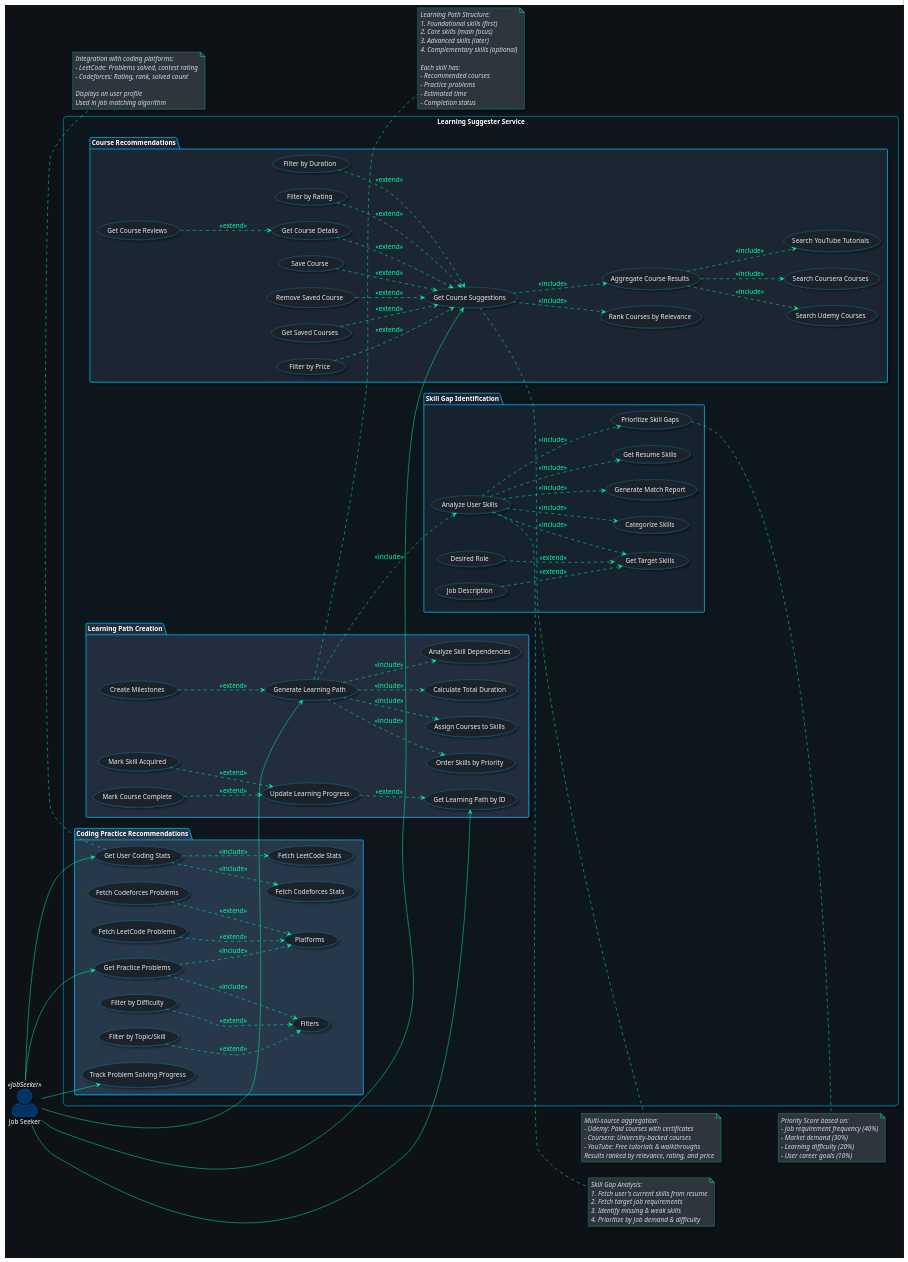
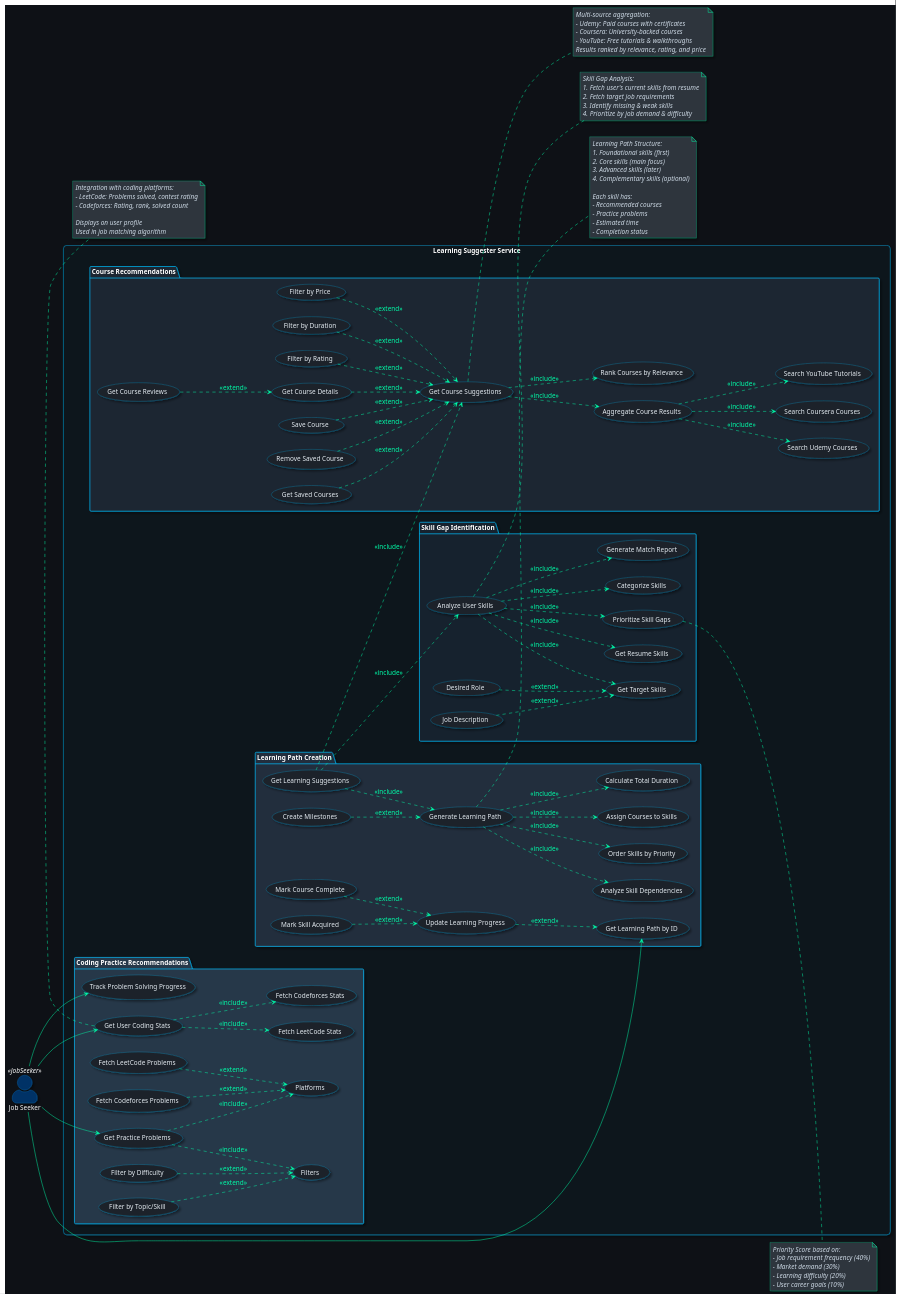
Before and after one commit to JitheshKrishnan/career-nexus: the diagram in Project Documentation/Design/Use Case Diagrams/LearningSuggesterService-UseCaseDiagram.puml, drawn with PlantUML. The commit also changed 9 other files, not shown here.

Commit message:
Staarted working on sequence diagrams

```diff
--- a/Project Documentation/Design/Use Case Diagrams/LearningSuggesterService-UseCaseDiagram.puml
+++ b/Project Documentation/Design/Use Case Diagrams/LearningSuggesterService-UseCaseDiagram.puml
@@ -116,6 +116,7 @@
     
     ' ========== Learning Path Generation ==========
     package "Learning Path Creation" #232f3d {
+        usecase "Get Learning Suggestions" as UC10f
         usecase "Generate Learning Path" as UC10
         usecase "Analyze Skill Dependencies" as UC10a
         usecase "Order Skills by Priority" as UC10b
@@ -145,8 +146,6 @@
 }
 
 ' ========== Job Seeker Associations ==========
-JS --> UC4
-JS --> UC10
 JS --> UC11
 JS --> UC14
 JS --> UC15
@@ -167,7 +166,9 @@
 UC10 ..> UC10b : <<include>>
 UC10 ..> UC10c : <<include>>
 UC10 ..> UC10d : <<include>>
-UC10 ..> UC1 : <<include>>
+UC10f ..> UC4 : <<include>>
+UC10f ..> UC1 : <<include>>
+UC10f ..> UC10 : <<include>>
 UC14 ..> UC14e : <<include>>
 UC14 ..> UC14f : <<include>>
 UC15 ..> UC15a : <<include>>
```
